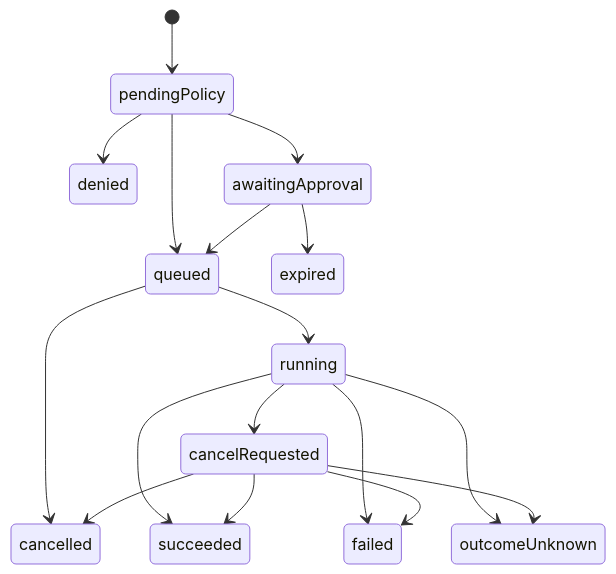
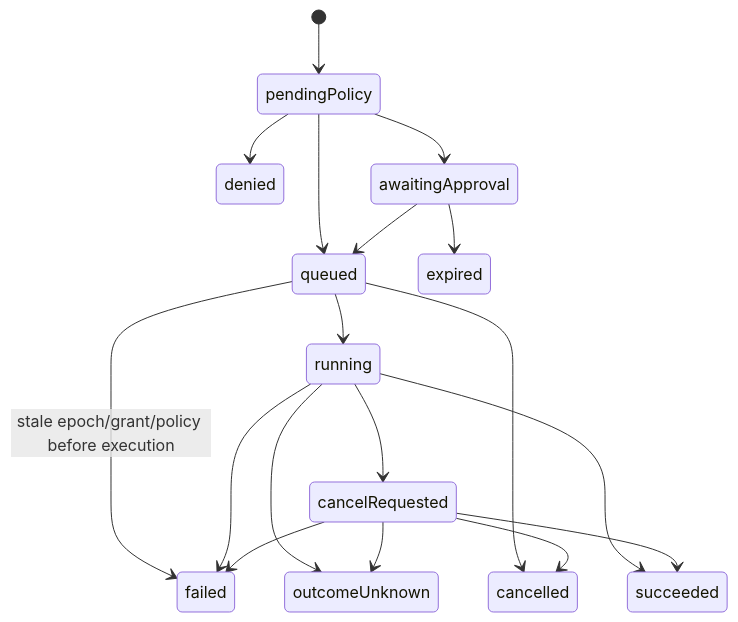
One commit to Jenny-Media/MacCompanion changed the second of 2 diagrams in docs/protocol-outline.md. Above: the diagram before and after it, drawn with Mermaid. The commit also changed other lines of this file and 13 other files, not shown here.

````diff
--- a/docs/protocol-outline.md
+++ b/docs/protocol-outline.md
@@ -258,19 +281,20 @@
 ```mermaid
 stateDiagram-v2
     [*] --> pendingPolicy
     pendingPolicy --> denied
     pendingPolicy --> awaitingApproval
     pendingPolicy --> queued
     awaitingApproval --> queued
     awaitingApproval --> expired
     queued --> running
     queued --> cancelled
+    queued --> failed: stale epoch/grant/policy before execution
     running --> cancelRequested
     running --> succeeded
     running --> failed
     running --> outcomeUnknown
     cancelRequested --> cancelled
     cancelRequested --> succeeded
     cancelRequested --> failed
     cancelRequested --> outcomeUnknown
 ```
````
